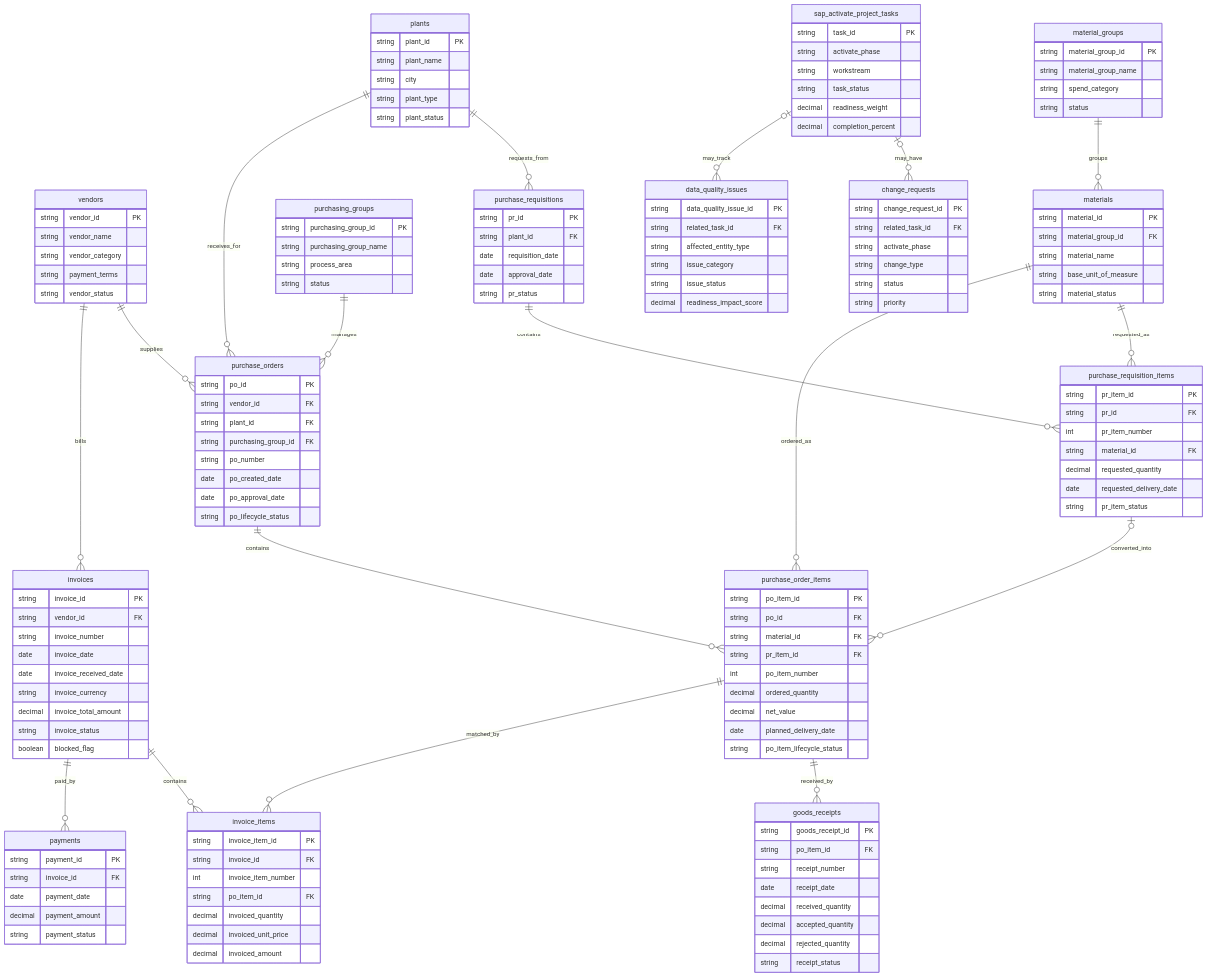
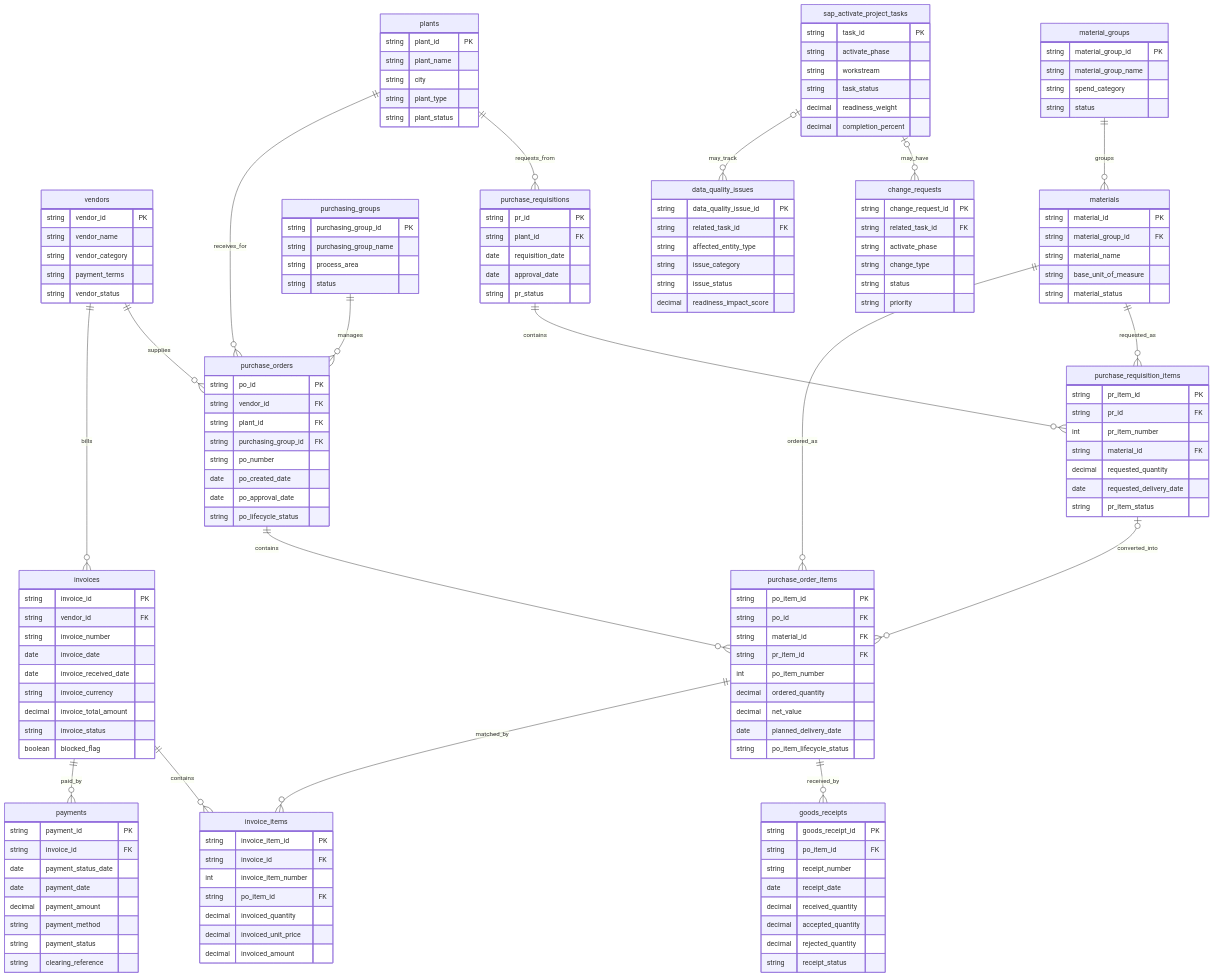
The diagram in docs/data_model.md (enes-fe/sap-activate-erp-procurement-analytics), drawn with Mermaid before and after one commit. The commit also changed other lines of this file and 5 other files, not shown here.

```diff
--- a/docs/data_model.md
+++ b/docs/data_model.md
@@ -460,9 +521,12 @@
     payments {
         string payment_id PK
         string invoice_id FK
+        date payment_status_date
         date payment_date
         decimal payment_amount
+        string payment_method
         string payment_status
+        string clearing_reference
     }
 
     sap_activate_project_tasks {
```
